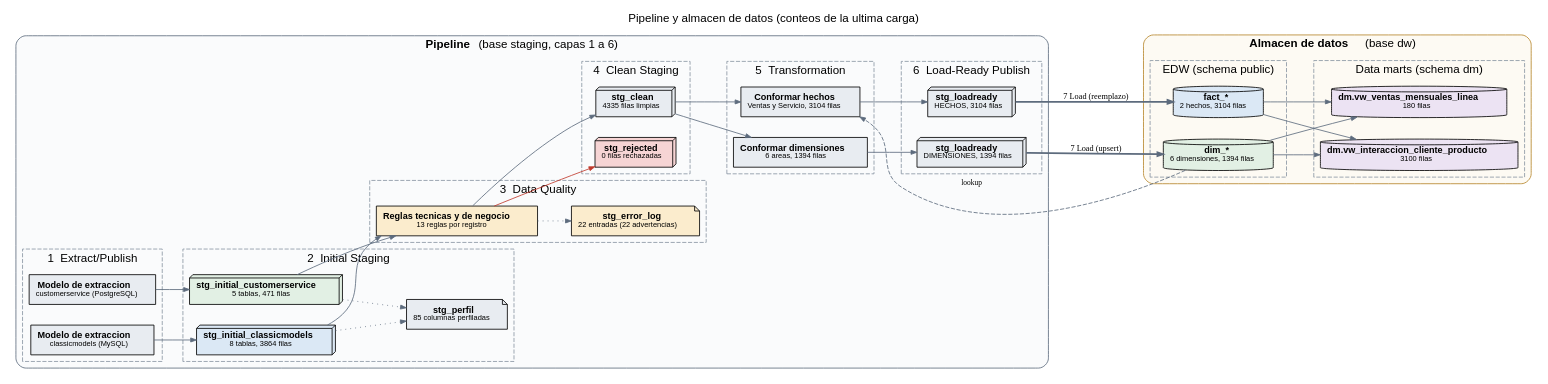
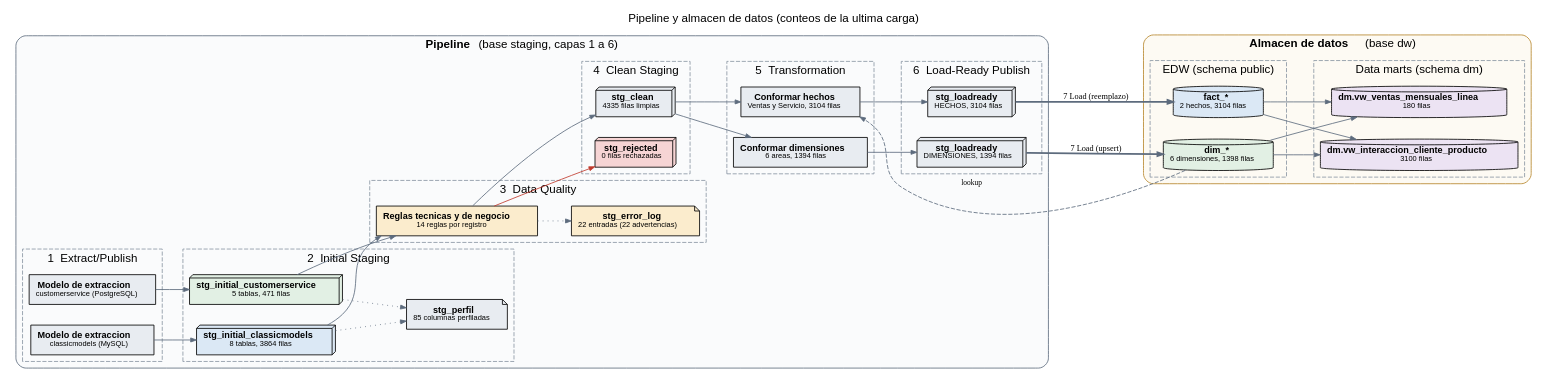
One commit to salo368/proyecto-modelos-datos changed the diagram in docs/img/etl_pipeline.dot. Above: the diagram before and after it, drawn with Graphviz. The commit also changed 18 other files, not shown here.

```diff
--- a/docs/img/etl_pipeline.dot
+++ b/docs/img/etl_pipeline.dot
@@ -1,56 +1,56 @@
 digraph pipeline {
   graph [rankdir=LR, nodesep=0.35, ranksep=0.55, fontname="Helvetica", label="Pipeline y almacen de datos (conteos de la ultima carga)", labelloc=t, fontsize=14];
   node [fontname="Helvetica", fontsize=11];
   edge [color="#5d6b7d", arrowsize=0.7];
 
   subgraph cluster_pipeline { label=<<B>Pipeline</B> (base staging, capas 1 a 6)>; style="rounded,filled"; fillcolor="#fafbfc"; color="#5d6b7d";
     subgraph cluster_1 { label="1  Extract/Publish"; style=dashed; color="#8a96a3";
     ext_cm [shape=box, style="filled", fillcolor="#e8ecf1", label=<<B>Modelo de extraccion</B><BR/><FONT POINT-SIZE="9">classicmodels (MySQL)</FONT>>];
     ext_cs [shape=box, style="filled", fillcolor="#e8ecf1", label=<<B>Modelo de extraccion</B><BR/><FONT POINT-SIZE="9">customerservice (PostgreSQL)</FONT>>];
     }
     subgraph cluster_2 { label="2  Initial Staging"; style=dashed; color="#8a96a3";
     ini_cm [shape=box3d, style="filled", fillcolor="#dbe8f5", label=<<B>stg_initial_classicmodels</B><BR/><FONT POINT-SIZE="9">8 tablas, 3864 filas</FONT>>];
     ini_cs [shape=box3d, style="filled", fillcolor="#e2f0e4", label=<<B>stg_initial_customerservice</B><BR/><FONT POINT-SIZE="9">5 tablas, 471 filas</FONT>>];
     profile [shape=note, style="filled", fillcolor="#e8ecf1", label=<<B>stg_perfil</B><BR/><FONT POINT-SIZE="9">85 columnas perfiladas</FONT>>];
     }
     subgraph cluster_3 { label="3  Data Quality"; style=dashed; color="#8a96a3";
-    dq [shape=box, style="filled", fillcolor="#fbeccd", label=<<B>Reglas tecnicas y de negocio</B><BR/><FONT POINT-SIZE="9">13 reglas por registro</FONT>>];
+    dq [shape=box, style="filled", fillcolor="#fbeccd", label=<<B>Reglas tecnicas y de negocio</B><BR/><FONT POINT-SIZE="9">14 reglas por registro</FONT>>];
     errlog [shape=note, style="filled", fillcolor="#fbeccd", label=<<B>stg_error_log</B><BR/><FONT POINT-SIZE="9">22 entradas (22 advertencias)</FONT>>];
     }
     subgraph cluster_4 { label="4  Clean Staging"; style=dashed; color="#8a96a3";
     clean [shape=box3d, style="filled", fillcolor="#e8ecf1", label=<<B>stg_clean</B><BR/><FONT POINT-SIZE="9">4335 filas limpias</FONT>>];
     rej [shape=box3d, style="filled", fillcolor="#f6d4d4", label=<<B>stg_rejected</B><BR/><FONT POINT-SIZE="9">0 filas rechazadas</FONT>>];
     }
     subgraph cluster_5 { label="5  Transformation"; style=dashed; color="#8a96a3";
     tr_d [shape=box, style="filled", fillcolor="#e8ecf1", label=<<B>Conformar dimensiones</B><BR/><FONT POINT-SIZE="9">6 areas, 1394 filas</FONT>>];
     tr_f [shape=box, style="filled", fillcolor="#e8ecf1", label=<<B>Conformar hechos</B><BR/><FONT POINT-SIZE="9">Ventas y Servicio, 3104 filas</FONT>>];
     }
     subgraph cluster_6 { label="6  Load-Ready Publish"; style=dashed; color="#8a96a3";
     lr_d [shape=box3d, style="filled", fillcolor="#e8ecf1", label=<<B>stg_loadready</B><BR/><FONT POINT-SIZE="9">DIMENSIONES, 1394 filas</FONT>>];
     lr_f [shape=box3d, style="filled", fillcolor="#e8ecf1", label=<<B>stg_loadready</B><BR/><FONT POINT-SIZE="9">HECHOS, 3104 filas</FONT>>];
     }
   }
 
   subgraph cluster_dw { label=<<B>Almacen de datos</B> (base dw)>; style="rounded,filled"; fillcolor="#fdfaf3"; color="#b7862b";
     subgraph cluster_edw { label="EDW (schema public)"; style=dashed; color="#8a96a3";
-    dims [shape=cylinder, style="filled", fillcolor="#e2f0e4", label=<<B>dim_*</B><BR/><FONT POINT-SIZE="9">6 dimensiones, 1394 filas</FONT>>];
+    dims [shape=cylinder, style="filled", fillcolor="#e2f0e4", label=<<B>dim_*</B><BR/><FONT POINT-SIZE="9">6 dimensiones, 1398 filas</FONT>>];
     facts [shape=cylinder, style="filled", fillcolor="#dbe8f5", label=<<B>fact_*</B><BR/><FONT POINT-SIZE="9">2 hechos, 3104 filas</FONT>>];
     }
     subgraph cluster_dm { label="Data marts (schema dm)"; style=dashed; color="#8a96a3";
     dm1 [shape=cylinder, style="filled", fillcolor="#ece3f3", label=<<B>dm.vw_interaccion_cliente_producto</B><BR/><FONT POINT-SIZE="9">3100 filas</FONT>>];
     dm2 [shape=cylinder, style="filled", fillcolor="#ece3f3", label=<<B>dm.vw_ventas_mensuales_linea</B><BR/><FONT POINT-SIZE="9">180 filas</FONT>>];
     }
   }
 
   ext_cm -> ini_cm; ext_cs -> ini_cs;
   ini_cm -> profile [style=dotted]; ini_cs -> profile [style=dotted];
   ini_cm -> dq; ini_cs -> dq;
   dq -> errlog [style=dotted];
   dq -> clean; dq -> rej [color="#c0392b"];
   clean -> tr_d; clean -> tr_f;
   tr_d -> lr_d; tr_f -> lr_f;
   lr_d -> dims [penwidth=2, label="7 Load (upsert)", fontsize=10];
   lr_f -> facts [penwidth=2, label="7 Load (reemplazo)", fontsize=10];
   dims -> tr_f [style=dashed, label="lookup", fontsize=9];
   facts -> dm1; dims -> dm1; facts -> dm2; dims -> dm2;
 }
```
